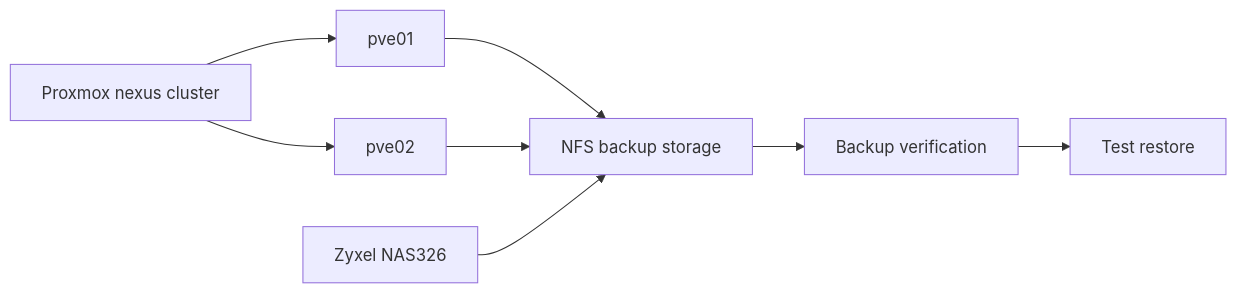
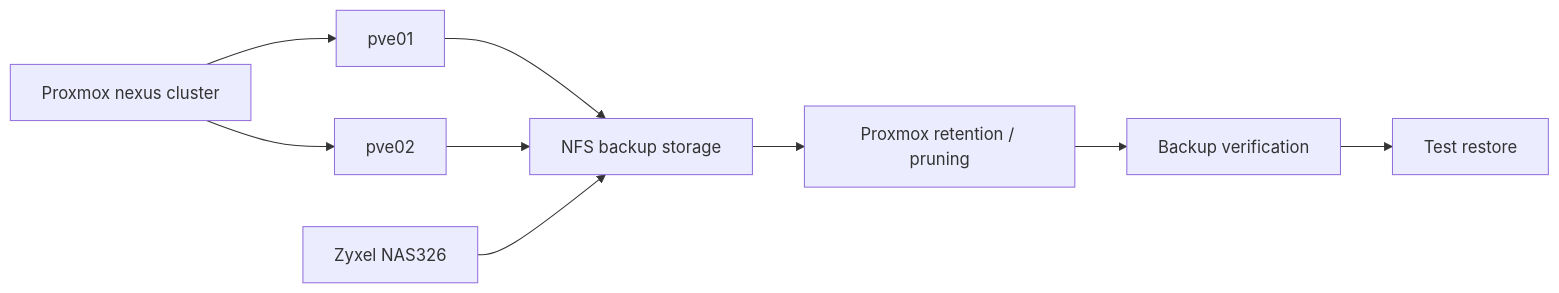
One commit to Tearstone/tearstone-homelab changed the diagram in docs/backup.md. Above: the diagram before and after it, drawn with Mermaid. The commit also changed other lines of this file and 3 other files, not shown here.

````diff
--- a/docs/backup.md
+++ b/docs/backup.md
@@ -39,18 +45,20 @@
 ```mermaid
 flowchart LR
     PVE["Proxmox nexus cluster"]
     PVE01["pve01"]
     PVE02["pve02"]
     NAS["Zyxel NAS326"]
     NFS["NFS backup storage"]
+    RETAIN["Proxmox retention / pruning"]
     VERIFY["Backup verification"]
     RESTORE["Test restore"]
 
     PVE --> PVE01
     PVE --> PVE02
     PVE01 --> NFS
     PVE02 --> NFS
     NAS --> NFS
-    NFS --> VERIFY
+    NFS --> RETAIN
+    RETAIN --> VERIFY
     VERIFY --> RESTORE
 ```
````
